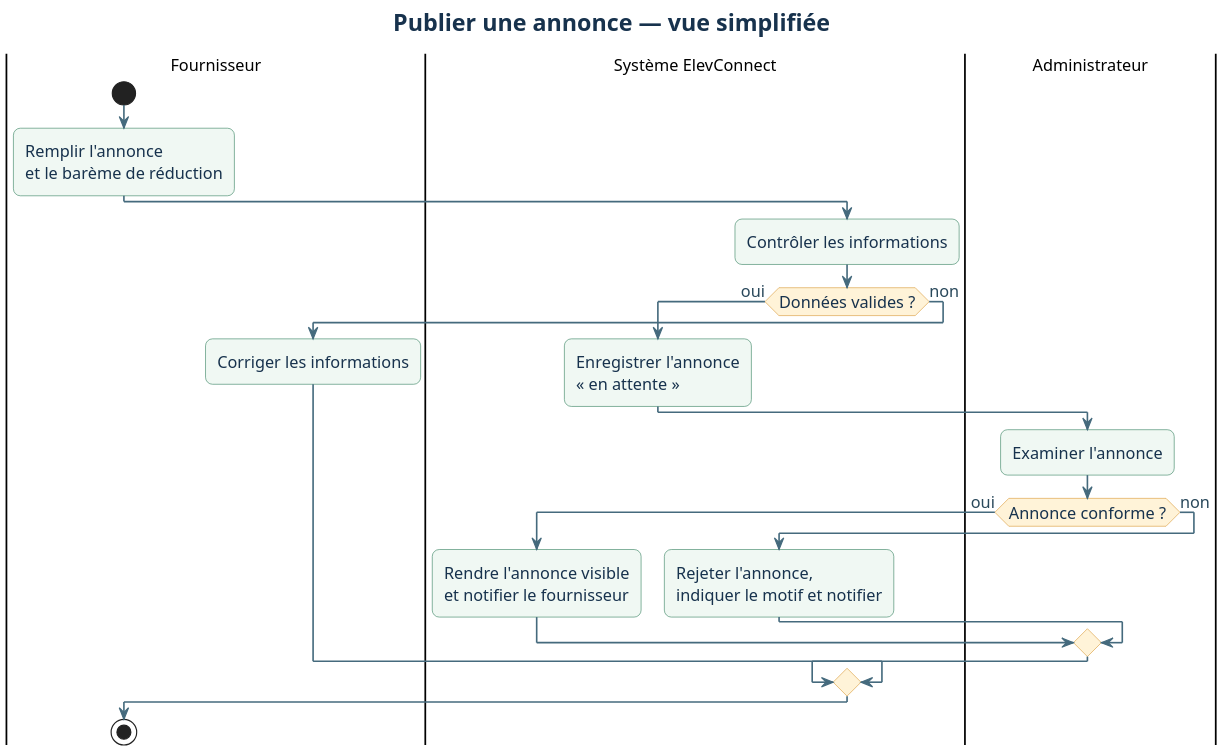
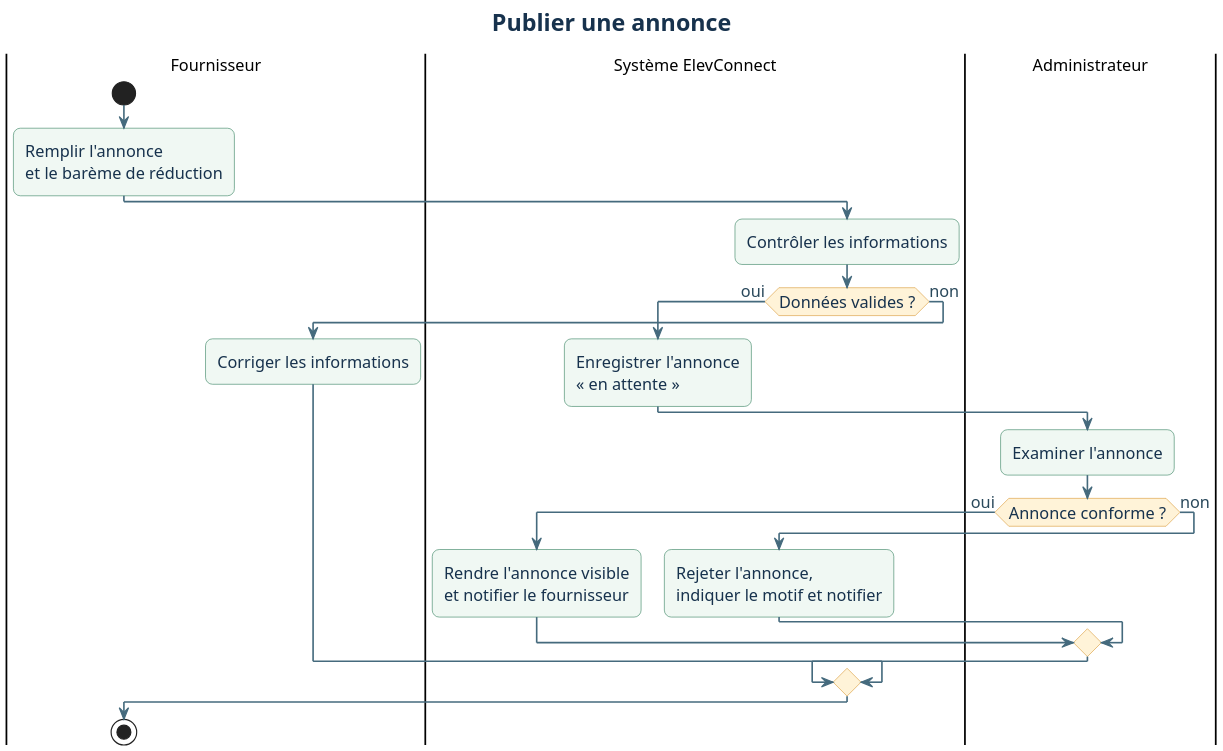
One commit to agoglodan-antoine/agoglodan-et-lassissou changed the diagram in docs/diagrammes.puml/act_publier_annonce.puml. Above: the diagram before and after it, drawn with PlantUML. The commit also changed 76 other files, not shown here.

Commit message:
Mise à jour des diagrammes pour être plus simple

```diff
--- a/docs/diagrammes.puml/act_publier_annonce.puml
+++ b/docs/diagrammes.puml/act_publier_annonce.puml
@@ -1,79 +1,79 @@
 @startuml act_publier_annonce
 ' Style commun — diagrammes ElevConnect
 ' SVG : format vectoriel net à toute taille. PNG : export haute définition.
 skinparam backgroundColor #FFFFFF
 skinparam dpi 180
 skinparam shadowing false
 skinparam roundcorner 12
 skinparam linetype ortho
 skinparam defaultFontName SansSerif
 skinparam defaultFontSize 14
 skinparam TitleFontName SansSerif
 skinparam TitleFontSize 20
 skinparam TitleFontColor #17324D
 skinparam ArrowColor #456A7D
 skinparam ArrowFontColor #29485B
 skinparam ArrowThickness 1.4
 skinparam NoteBackgroundColor #FFF8E8
 skinparam NoteBorderColor #E5AE45
 skinparam NoteFontColor #5B481E
 skinparam PackageBorderColor #9AB7A7
 skinparam PackageBackgroundColor #F4FAF6
 skinparam PackageFontColor #1F5B43
 skinparam PackageFontStyle bold
 skinparam ActivityBackgroundColor #F0F8F3
 skinparam ActivityBorderColor #2F7D5B
 skinparam ActivityFontColor #17324D
 skinparam ActivityDiamondBackgroundColor #FFF3D8
 skinparam ActivityDiamondBorderColor #D8952F
 skinparam ActivityBarColor #2F7D5B
 skinparam ClassBackgroundColor #FFFFFF
 skinparam ClassBorderColor #2F7D5B
 skinparam ClassHeaderBackgroundColor #E4F3EA
 skinparam ClassFontColor #17324D
 skinparam EntityBackgroundColor #FFFFFF
 skinparam EntityBorderColor #2F7D5B
 skinparam EntityFontColor #17324D
 skinparam StateBackgroundColor #EDF7F1
 skinparam StateBorderColor #2F7D5B
 skinparam StateFontColor #17324D
 skinparam UsecaseBackgroundColor #EAF4F8
 skinparam UsecaseBorderColor #3E7490
 skinparam UsecaseFontColor #17324D
 skinparam SequenceLifeLineBorderColor #9CB4C1
 skinparam SequenceLifeLineBackgroundColor #FFFFFF
 skinparam SequenceParticipantBackgroundColor #EAF4F8
 skinparam SequenceParticipantBorderColor #3E7490
 skinparam SequenceActorBackgroundColor #FFFFFF
 skinparam SequenceActorBorderColor #2F7D5B
 skinparam SequenceGroupBackgroundColor #F7FBFD
 skinparam SequenceGroupBorderColor #9CB4C1
 
-title Publier une annonce — vue simplifiée
+title Publier une annonce 
 
 |Fournisseur|
 start
 :Remplir l'annonce
 et le barème de réduction;
 |Système ElevConnect|
 :Contrôler les informations;
 if (Données valides ?) then (oui)
   :Enregistrer l'annonce
 « en attente »;
   |Administrateur|
   :Examiner l'annonce;
   if (Annonce conforme ?) then (oui)
     |Système ElevConnect|
     :Rendre l'annonce visible
 et notifier le fournisseur;
   else (non)
     |Système ElevConnect|
     :Rejeter l'annonce,
 indiquer le motif et notifier;
   endif
 else (non)
   |Fournisseur|
   :Corriger les informations;
 endif
 stop
 @enduml
```
